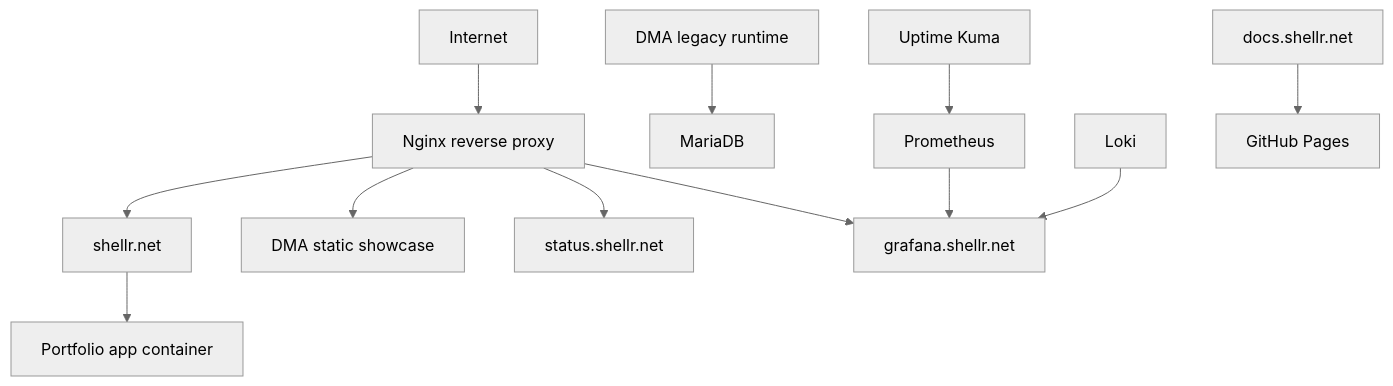
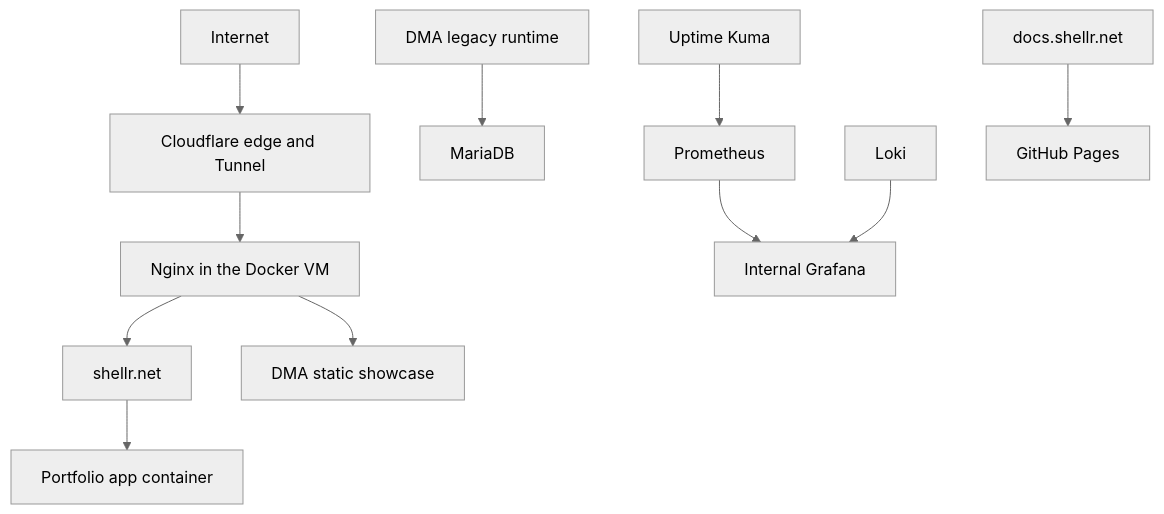
One commit to marshellr/genesis changed the diagram in README.md. Above: the diagram before and after it, drawn with Mermaid (neutral theme). The commit also changed other lines of this file and 20 other files, not shown here.

````diff
--- a/README.md
+++ b/README.md
@@ -17,14 +15,13 @@
 ```mermaid
 flowchart TD
-    Internet --> Nginx["Nginx reverse proxy"]
+    Internet --> Edge["Cloudflare edge and Tunnel"]
+    Edge --> Nginx["Nginx in the Docker VM"]
     Nginx --> Shellr["shellr.net"]
     Nginx --> DMA["DMA static showcase"]
-    Nginx --> Status["status.shellr.net"]
-    Nginx --> Grafana["grafana.shellr.net"]
     Shellr --> App["Portfolio app container"]
     DmaApp["DMA legacy runtime"] --> DB["MariaDB"]
-    Prom["Prometheus"] --> Grafana
+    Prom["Prometheus"] --> Grafana["Internal Grafana"]
     Kuma["Uptime Kuma"] --> Prom
     Loki["Loki"] --> Grafana
     Docs["docs.shellr.net"] --> Pages["GitHub Pages"]
 ```
````
